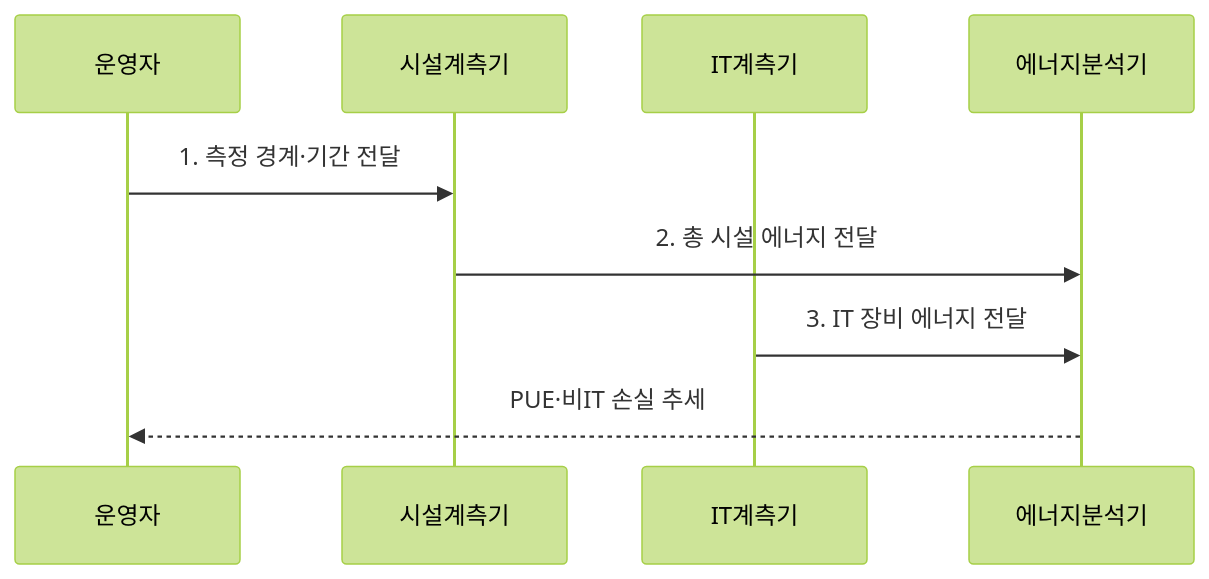
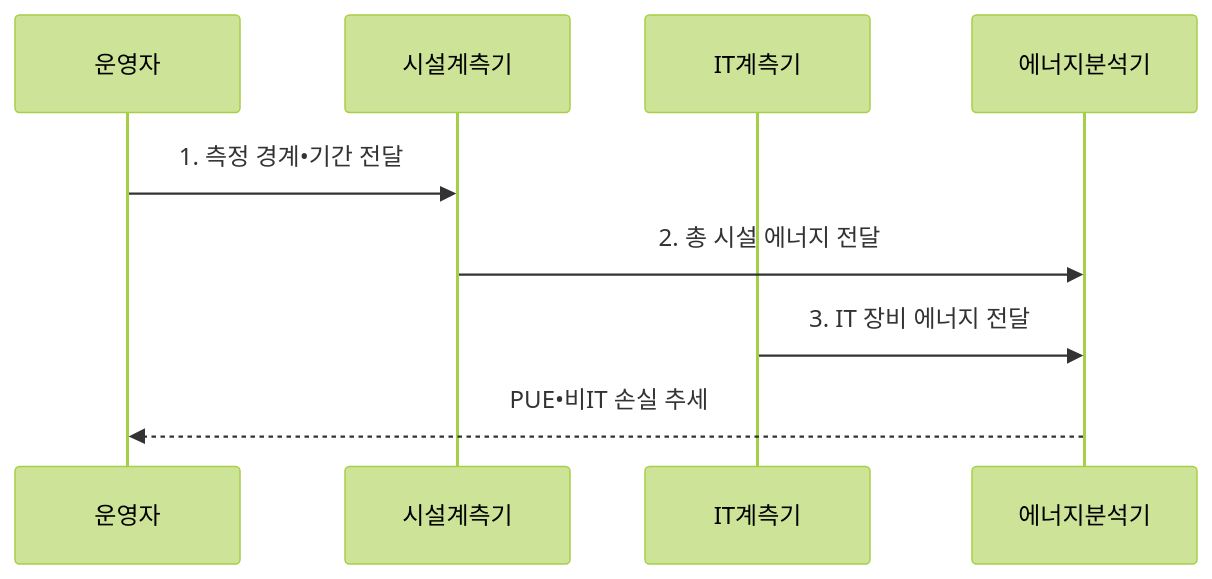
One commit to agnusdei1207/knowledge-base changed the second of 2 diagrams in src/content/docs/notes/06-evaluation/039_pue_power_usage_effectiveness.md. Above: the diagram before and after it, drawn with Mermaid (forest theme). The commit also changed other lines of this file and 953 other files, not shown here.

````diff
--- a/src/content/docs/notes/06-evaluation/039_pue_power_usage_effectiveness.md
+++ b/src/content/docs/notes/06-evaluation/039_pue_power_usage_effectiveness.md
@@ -105,11 +105,11 @@
 ```mermaid
 sequenceDiagram
     participant O as 운영자
     participant F as 시설계측기
     participant I as IT계측기
     participant A as 에너지분석기
-    O->>F: 1. 측정 경계·기간 전달
+    O->>F: 1. 측정 경계•기간 전달
     F->>A: 2. 총 시설 에너지 전달
     I->>A: 3. IT 장비 에너지 전달
-    A-->>O: PUE·비IT 손실 추세
+    A-->>O: PUE•비IT 손실 추세
 ```
````
